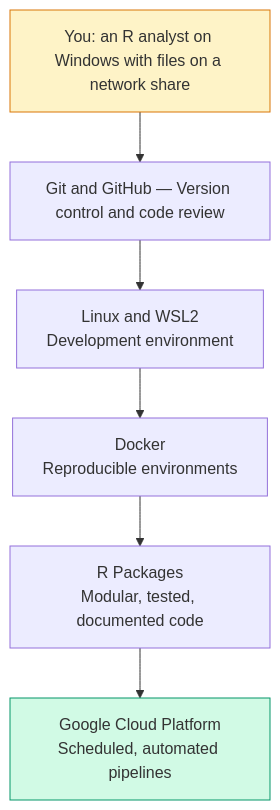
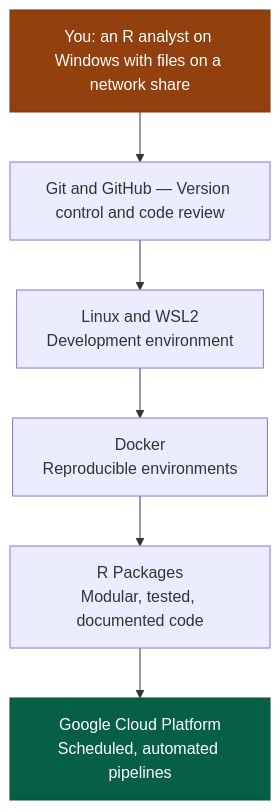
The first of 2 diagrams in docs/index.md (Ch3w3y/docker_gcp), drawn with Mermaid before and after one commit. The commit also changed other lines of this file and 11 other files, not shown here.

First line of the commit message:
Fix/mermaid contrast and linebreaks (#17)

````diff
--- a/docs/index.md
+++ b/docs/index.md
@@ -24,14 +24,14 @@
 ```mermaid
 flowchart TD
     A["You: an R analyst on Windows with files on a network share"]
     B["Git and GitHub — Version control and code review"]
-    C["Linux and WSL2\nDevelopment environment"]
-    D["Docker\nReproducible environments"]
-    E["R Packages\nModular, tested, documented code"]
-    F["Google Cloud Platform\nScheduled, automated pipelines"]
+    C["Linux and WSL2<br/>Development environment"]
+    D["Docker<br/>Reproducible environments"]
+    E["R Packages<br/>Modular, tested, documented code"]
+    F["Google Cloud Platform<br/>Scheduled, automated pipelines"]
 
     A --> B --> C --> D --> E --> F
 
-    style A fill:#fef3c7,stroke:#d97706
-    style F fill:#d1fae5,stroke:#059669
+    style A fill:#92400e,stroke:#78350f,color:#ffffff
+    style F fill:#065f46,stroke:#064e3b,color:#ffffff
 ```
````
